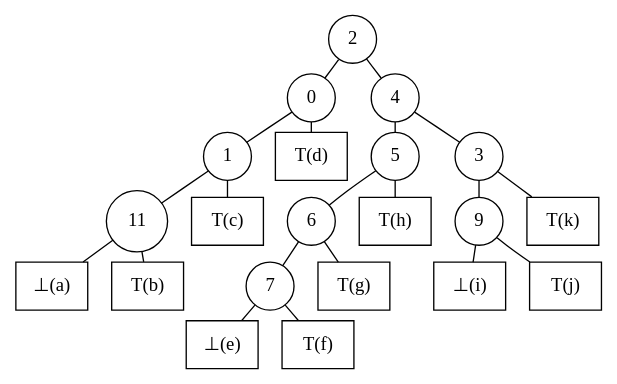
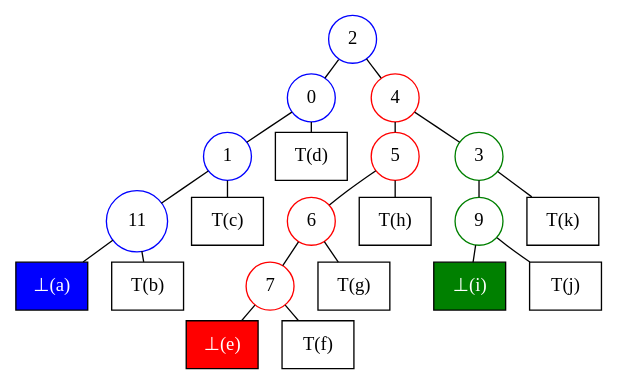
Before and after one commit to sgolodetz/onionbsparticle: the diagram in bsp-example.gv, drawn with Graphviz. The commit also changed 3 other files, not shown here.

```diff
--- a/bsp-example.gv
+++ b/bsp-example.gv
@@ -1,54 +1,54 @@
 // Note: To regenerate, use "dot -Tsvg:svg:core bsp-example.gv -O" and then resave as PNG.
 
 graph
 {
 	graph[ranksep=0.05];
 
 	node [shape=circle];
 
-	n2 [label="2"];
-	n0 [label="0"];
-	n1 [label="1"];
-	n11 [label="11"];
-	n4 [label="4"];
-	n5 [label="5"];
-	n6 [label="6"];
-	n7 [label="7"];
-	n3 [label="3"];
-	n9 [label="9"];
+	n2 [label="2", color=blue];
+	n0 [label="0", color=blue];
+	n1 [label="1", color=blue];
+	n11 [label="11", color=blue];
+	n4 [label="4", color=red];
+	n5 [label="5", color=red];
+	n6 [label="6", color=red];
+	n7 [label="7", color=red];
+	n3 [label="3", color=green];
+	n9 [label="9", color=green];
 
 	node [shape=box, fixedsize=false];
 
-	na [label="&#8869;(a)"];
+	na [label="&#8869;(a)", style=filled, fontcolor=white, fillcolor=blue];
 	nb [label="T(b)"];
 	nc [label="T(c)"];
 	nd [label="T(d)"];
-	ne [label="&#8869;(e)"];
+	ne [label="&#8869;(e)", style=filled, fontcolor=white, fillcolor=red];
 	nf [label="T(f)"];
 	ng [label="T(g)"];
 	nh [label="T(h)"];
-	ni [label="&#8869;(i)"];
+	ni [label="&#8869;(i)", style=filled, fontcolor=white, fillcolor=green];
 	nj [label="T(j)"];
 	nk [label="T(k)"];
 
 	n2 -- n0;
 	n0 -- n1;
 	n1 -- n11;
 	n11 -- na;
 	n11 -- nb;
 	n1 -- nc;
 	n0 -- nd;
 	n2 -- n4;
 	n4 -- n5;
 	n5 -- n6;
 	n6 -- n7;
 	n7 -- ne;
 	n7 -- nf;
 	n6 -- ng;
 	n5 -- nh;
 	n4 -- n3;
 	n3 -- n9;
 	n9 -- ni;
 	n9 -- nj;
 	n3 -- nk;
 }
```
